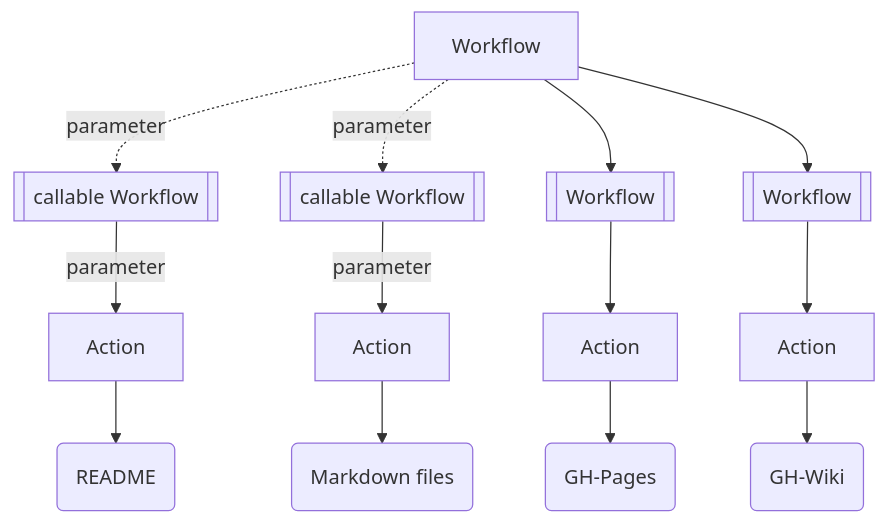
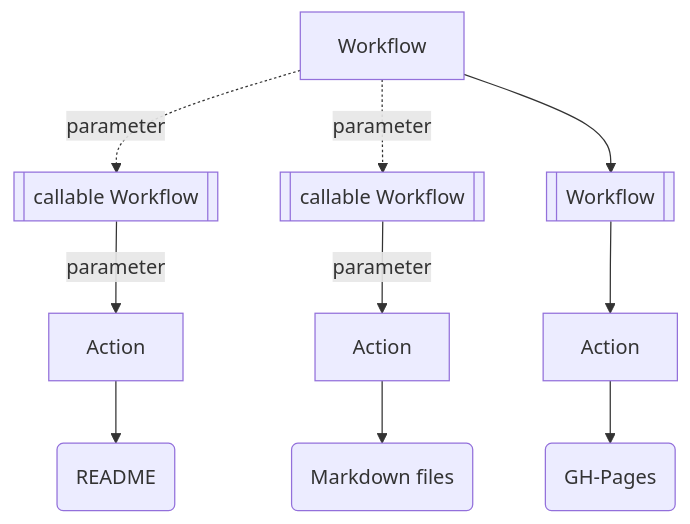
The fourth of 6 diagrams in README.md (Zheng-Bote/qt_files_photo-gallery), drawn with Mermaid before and after one commit. The commit also changed other lines of this file, not shown here.

Commit message:
fix: restructure Mermaid

````diff
--- a/README.md
+++ b/README.md
@@ -399,18 +379,14 @@
 ```mermaid
 flowchart TD;
     A[Workflow]-. parameter .->B[[callable Workflow]]
     B-- parameter -->C[Action]
     C-->D(README)
 
     A[Workflow]-. parameter .->E[[callable Workflow]]
     E-- parameter -->F[Action]
     F-->J(Markdown files)
 
     A[Workflow]-->K[[Workflow]]
     K-->L[Action]
     L-->M("GH-Pages")
-
-    A[Workflow]-->N[[Workflow]]
-    N-->O[Action]
-    O-->P("GH-Wiki")
 ```
````
